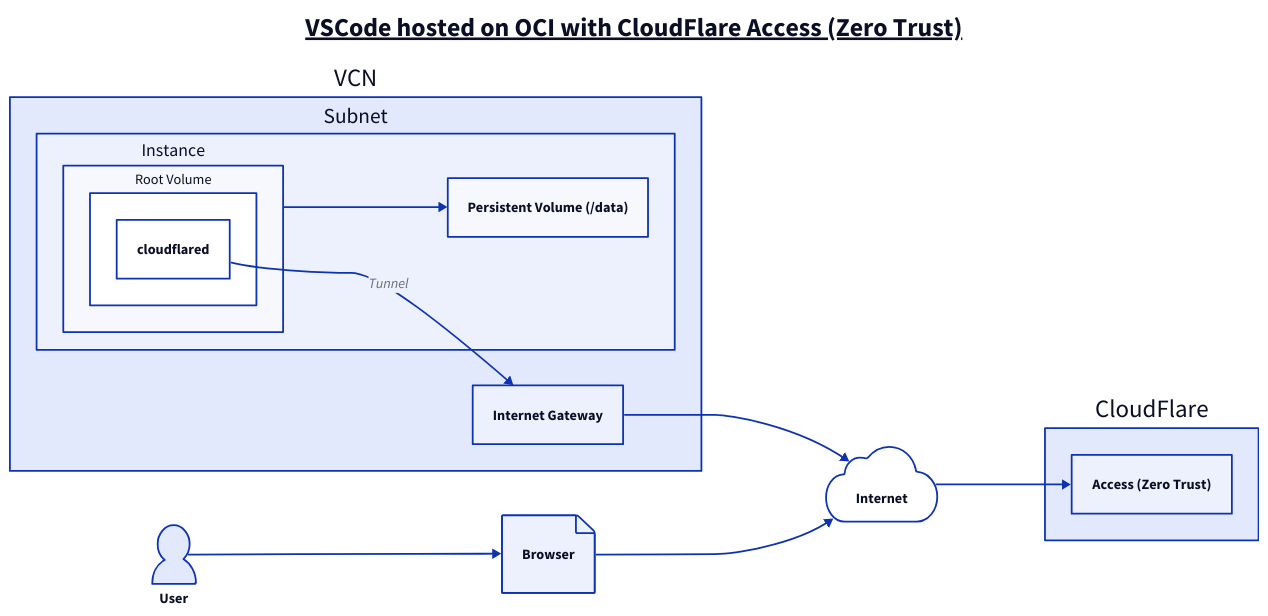
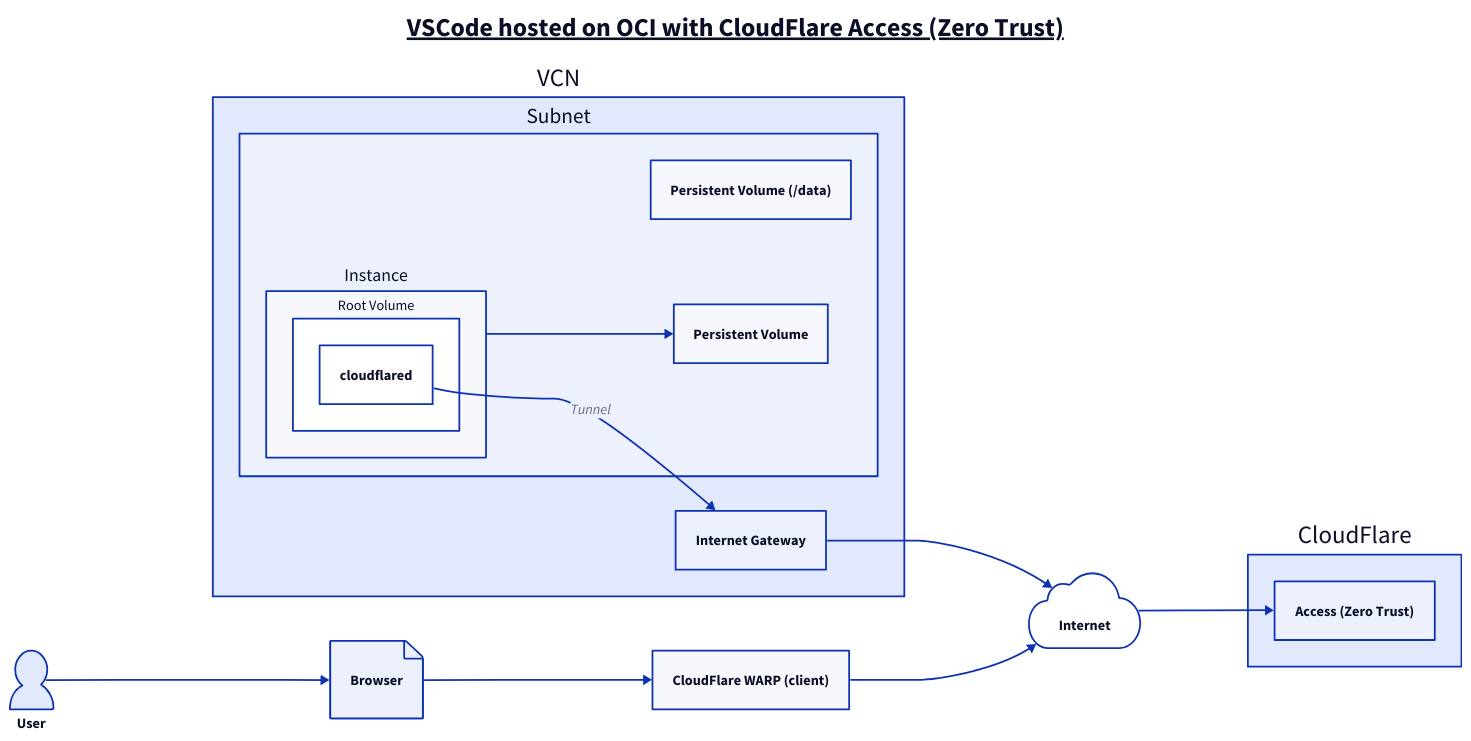
One commit to timoa/terraform-oci-vscode-server changed the diagram in docs/diagram.d2. Above: the diagram before and after it, drawn with D2. The commit also changed 1 other file, not shown here.

Commit message:
chore(docs): add missing CloudFlare client

```diff
--- a/docs/diagram.d2
+++ b/docs/diagram.d2
@@ -1,45 +1,49 @@
 # D2 Settings
 direction: right
 
 # Title
 title: VSCode hosted on OCI with CloudFlare Access (Zero Trust) {
   near: top-center
   shape: text
   style: {
     font-size: 29
     bold: true
     underline: true
   }
 }
 
 # OCI Infrastructure
 VCN: {
   Subnet: {
     Instance: {
       Root Volume: {
         cloudflared
       }
     }
-    Instance -> Persistent Volume (/data)
+    Persitent Volume: Persistent Volume (/data)
+    Instance -> Persistent Volume
   }
   Internet Gateway <- _.VCN.Subnet.Instance.Root Volume.cloudflared: Tunnel
 }
 
 # Internet
 Internet.shape: cloud
 
 # CloudFlare Infrastructure
 CloudFlare: {
-  Access (Zero Trust)
-  _.VCN.Internet Gateway -> _.Internet -> _.CloudFlare.Access (Zero Trust)
+  Access: Access (Zero Trust)
+  _.VCN.Internet Gateway -> _.Internet -> _.CloudFlare.Access
 }
 
 # User
 User: {
   shape: person
 }
 Browser: {
   shape: page
   _.User -> _.Browser
-  _.Browser -> _.Internet
 }
+CloudFlare WARP: {
+  label: CloudFlare WARP (client)
+  _.Browser -> _.CloudFlare WARP -> _.Internet
+}
```
